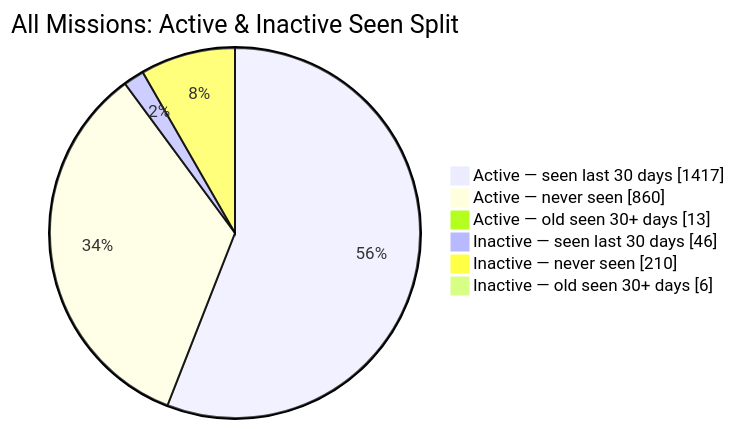
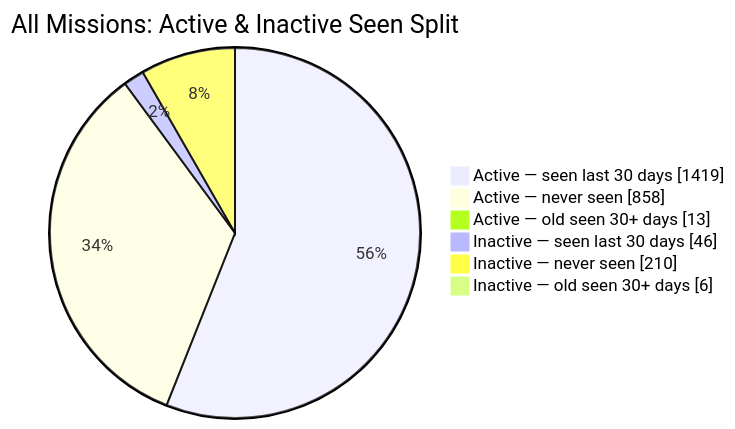
One commit to MeldkamerspelGameTeam/active-missions changed the second of 2 diagrams in README.md. Above: the diagram before and after it, drawn with Mermaid. The commit also changed other lines of this file and 2 other files, not shown here.

````diff
--- a/README.md
+++ b/README.md
@@ -44,10 +44,10 @@
 ```mermaid
 pie showData
     title All Missions: Active & Inactive Seen Split
-    "Active — seen last 30 days" : 1417
-    "Active — never seen" : 860
+    "Active — seen last 30 days" : 1419
+    "Active — never seen" : 858
     "Active — old seen 30+ days" : 13
     "Inactive — seen last 30 days" : 46
     "Inactive — never seen" : 210
     "Inactive — old seen 30+ days" : 6
 ```
````
